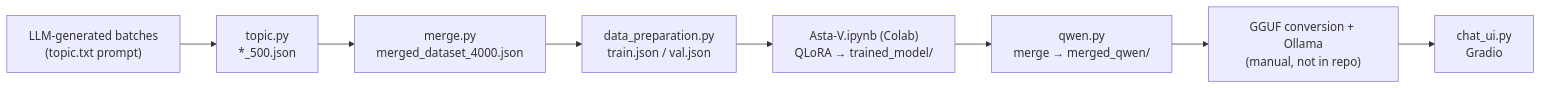
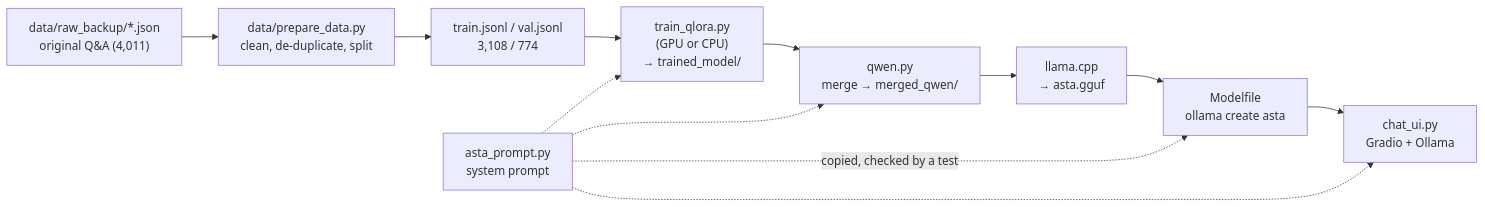
Before and after one commit to deepta001/Asta-Chatbot: the diagram in README.md, drawn with Mermaid. The commit also changed other lines of this file and 4 other files, not shown here.

````diff
--- a/README.md
+++ b/README.md
@@ -37,10 +12,14 @@
 ```mermaid
 flowchart LR
-    A["LLM-generated batches<br/>(topic.txt prompt)"] --> B["topic.py<br/>*_500.json"]
-    B --> C["merge.py<br/>merged_dataset_4000.json"]
-    C --> D["data_preparation.py<br/>train.json / val.json"]
-    D --> E["Asta-V.ipynb (Colab)<br/>QLoRA → trained_model/"]
-    E --> F["qwen.py<br/>merge → merged_qwen/"]
-    F --> G["GGUF conversion + Ollama<br/>(manual, not in repo)"]
-    G --> H["chat_ui.py<br/>Gradio"]
+    A["data/raw_backup/*.json<br/>original Q&A (4,011)"] --> B["data/prepare_data.py<br/>clean, de-duplicate, split"]
+    B --> C["train.jsonl / val.jsonl<br/>3,108 / 774"]
+    C --> D["train_qlora.py<br/>(GPU or CPU)<br/>→ trained_model/"]
+    D --> E["qwen.py<br/>merge → merged_qwen/"]
+    E --> F["llama.cpp<br/>→ asta.gguf"]
+    F --> G["Modelfile<br/>ollama create asta"]
+    G --> H["chat_ui.py<br/>Gradio + Ollama"]
+    P["asta_prompt.py<br/>system prompt"] -.-> D
+    P -.-> E
+    P -.-> H
+    P -. "copied, checked by a test" .-> G
 ```
````
